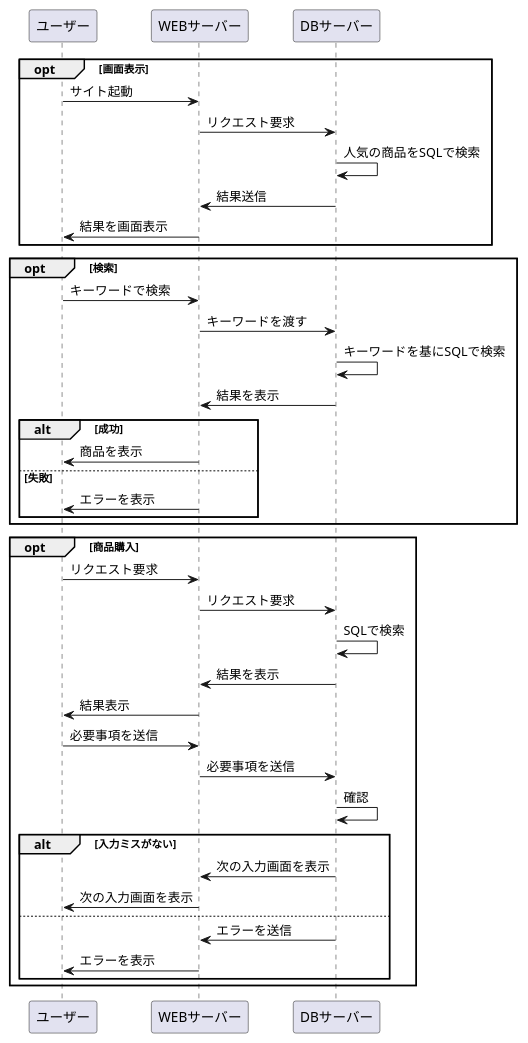
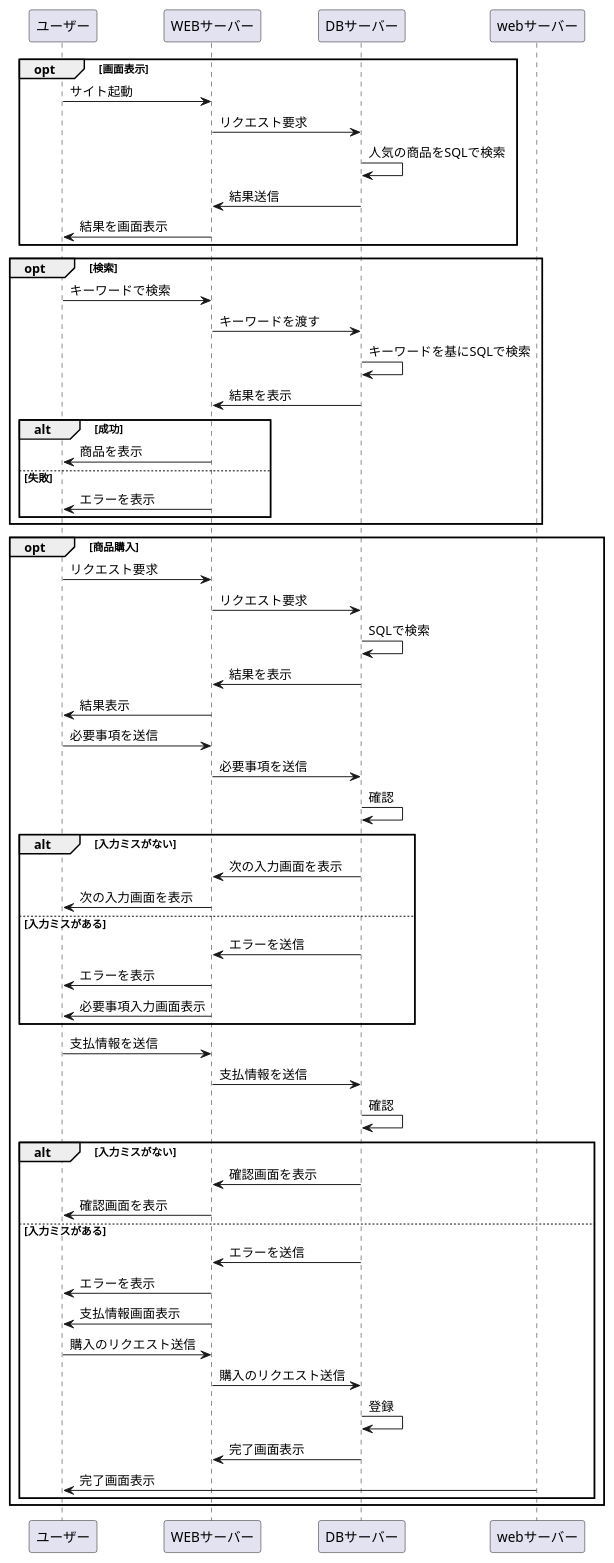
The diagram in samplefront1.md (Aso2101121/2021sys-design-2), drawn with PlantUML before and after one commit.

````diff
--- a/samplefront1.md
+++ b/samplefront1.md
@@ -1,41 +1,58 @@
 ```uml
 @startuml
 opt 画面表示
  ユーザー -> WEBサーバー:サイト起動
  WEBサーバー -> DBサーバー:リクエスト要求
  DBサーバー -> DBサーバー:人気の商品をSQLで検索
  DBサーバー -> WEBサーバー:結果送信
  WEBサーバー -> ユーザー:結果を画面表示
 end
 
 opt 検索
  ユーザー -> WEBサーバー:キーワードで検索
  WEBサーバー -> DBサーバー:キーワードを渡す
  DBサーバー -> DBサーバー:キーワードを基にSQLで検索
  DBサーバー -> WEBサーバー:結果を表示
  alt 成功
   WEBサーバー -> ユーザー:商品を表示
  else 失敗
   WEBサーバー -> ユーザー:エラーを表示
  end
 end
 
 opt 商品購入
  ユーザー -> WEBサーバー:リクエスト要求
  WEBサーバー -> DBサーバー:リクエスト要求
  DBサーバー -> DBサーバー:SQLで検索
  DBサーバー -> WEBサーバー:結果を表示
  WEBサーバー -> ユーザー:結果表示
  ユーザー -> WEBサーバー:必要事項を送信
  WEBサーバー -> DBサーバー:必要事項を送信
  DBサーバー -> DBサーバー:確認
  alt 入力ミスがない
   DBサーバー -> WEBサーバー:次の入力画面を表示
   WEBサーバー -> ユーザー:次の入力画面を表示
- else
+ else 入力ミスがある
   DBサーバー -> WEBサーバー:エラーを送信
   WEBサーバー -> ユーザー:エラーを表示
+  WEBサーバー -> ユーザー:必要事項入力画面表示
+ end
+ ユーザー -> WEBサーバー:支払情報を送信
+ WEBサーバー -> DBサーバー:支払情報を送信
+ DBサーバー -> DBサーバー:確認
+ alt 入力ミスがない
+  DBサーバー -> WEBサーバー:確認画面を表示
+  WEBサーバー -> ユーザー:確認画面を表示
+ else 入力ミスがある
+  DBサーバー -> WEBサーバー:エラーを送信
+  WEBサーバー -> ユーザー:エラーを表示
+  WEBサーバー -> ユーザー:支払情報画面表示
+  ユーザー -> WEBサーバー:購入のリクエスト送信
+  WEBサーバー -> DBサーバー:購入のリクエスト送信
+  DBサーバー -> DBサーバー:登録
+  DBサーバー -> WEBサーバー:完了画面表示
+  webサーバー -> ユーザー:完了画面表示
  end
 end
 @enduml
 ```
````
